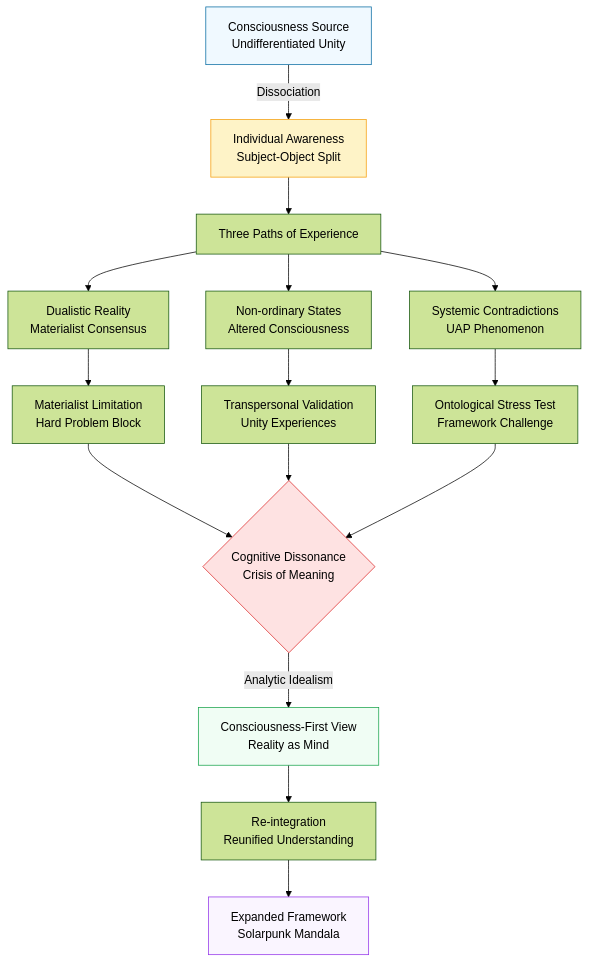
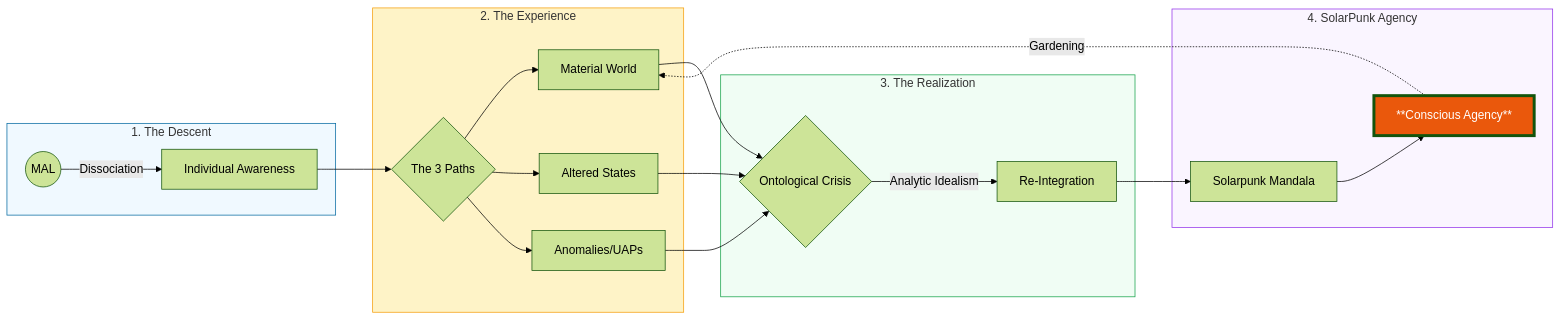
One commit to ravaioli/solarpunk-mandala changed the first of 4 diagrams in framework/core-model/01-ontology-analytic-idealism.md. Above: the diagram before and after it, drawn with Mermaid (forest theme).

````diff
--- a/framework/core-model/01-ontology-analytic-idealism.md
+++ b/framework/core-model/01-ontology-analytic-idealism.md
@@ -64,27 +64,35 @@
 ```mermaid
-flowchart TD
-    A[Consciousness Source<br>Undifferentiated Unity] -->|Dissociation| B[Individual Awareness<br>Subject-Object Split]
-    
-    B --> C[Three Paths of Experience]
-    C --> D[Dualistic Reality<br>Materialist Consensus]
-    C --> E[Non-ordinary States<br>Altered Consciousness]
-    C --> F[Systemic Contradictions<br>UAP Phenomenon]
-    
-    D --> G[Materialist Limitation<br>Hard Problem Block]
-    E --> H[Transpersonal Validation<br>Unity Experiences]
-    F --> I[Ontological Stress Test<br>Framework Challenge]
-    
-    G --> J{"Cognitive Dissonance<br>Crisis of Meaning"}
-    H --> J
-    I --> J
-    
-    J -->|Analytic Idealism| K[Consciousness-First View<br>Reality as Mind]
-    K --> L[Re-integration<br>Reunified Understanding]
-    L --> M[Expanded Framework<br>Solarpunk Mandala]
-    
-    style A fill:#f0f9ff,stroke:#0369a1
-    style B fill:#fef3c7,stroke:#f59e0b
-    style J fill:#fee2e2,stroke:#dc2626
-    style K fill:#f0fdf4,stroke:#16a34a
-    style M fill:#faf5ff,stroke:#9333ea
+flowchart LR
+    %% Phase 1: The Descent
+    subgraph Phase_1 [1. The Descent]
+    A((MAL)) -->|Dissociation| B[Individual Awareness]
+    end
+
+    %% Phase 2: The Experience (The Three Paths)
+    subgraph Phase_2 [2. The Experience]
+    B --> C{The 3 Paths}
+    C --> D[Material World]
+    C --> E[Altered States]
+    C --> F[Anomalies/UAPs]
+    end
+
+    %% Phase 3: The Turning Point
+    subgraph Phase_3 [3. The Realization]
+    D & E & F --> G{Ontological Crisis}
+    G -->|Analytic Idealism| H[Re-Integration]
+    end
+
+    %% Phase 4: The Fourth Path
+    subgraph Phase_4 [4. SolarPunk Agency]
+    H --> I[Solarpunk Mandala]
+    I --> J[**Conscious Agency**]
+    J -.->|Gardening| D
+    end
+
+    %% Styling
+    style Phase_1 fill:#f0f9ff,stroke:#0369a1
+    style Phase_2 fill:#fef3c7,stroke:#f59e0b
+    style Phase_3 fill:#f0fdf4,stroke:#16a34a
+    style Phase_4 fill:#faf5ff,stroke:#9333ea
+    style J fill:#ea580c,color:#fff,stroke-width:4px
 ```
````
